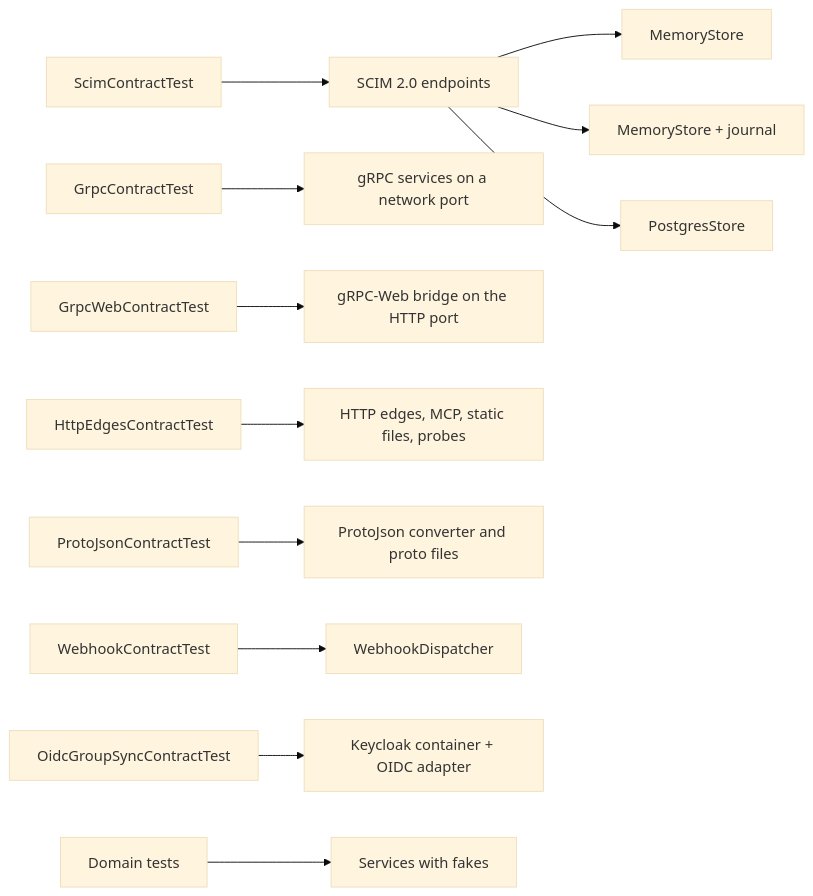
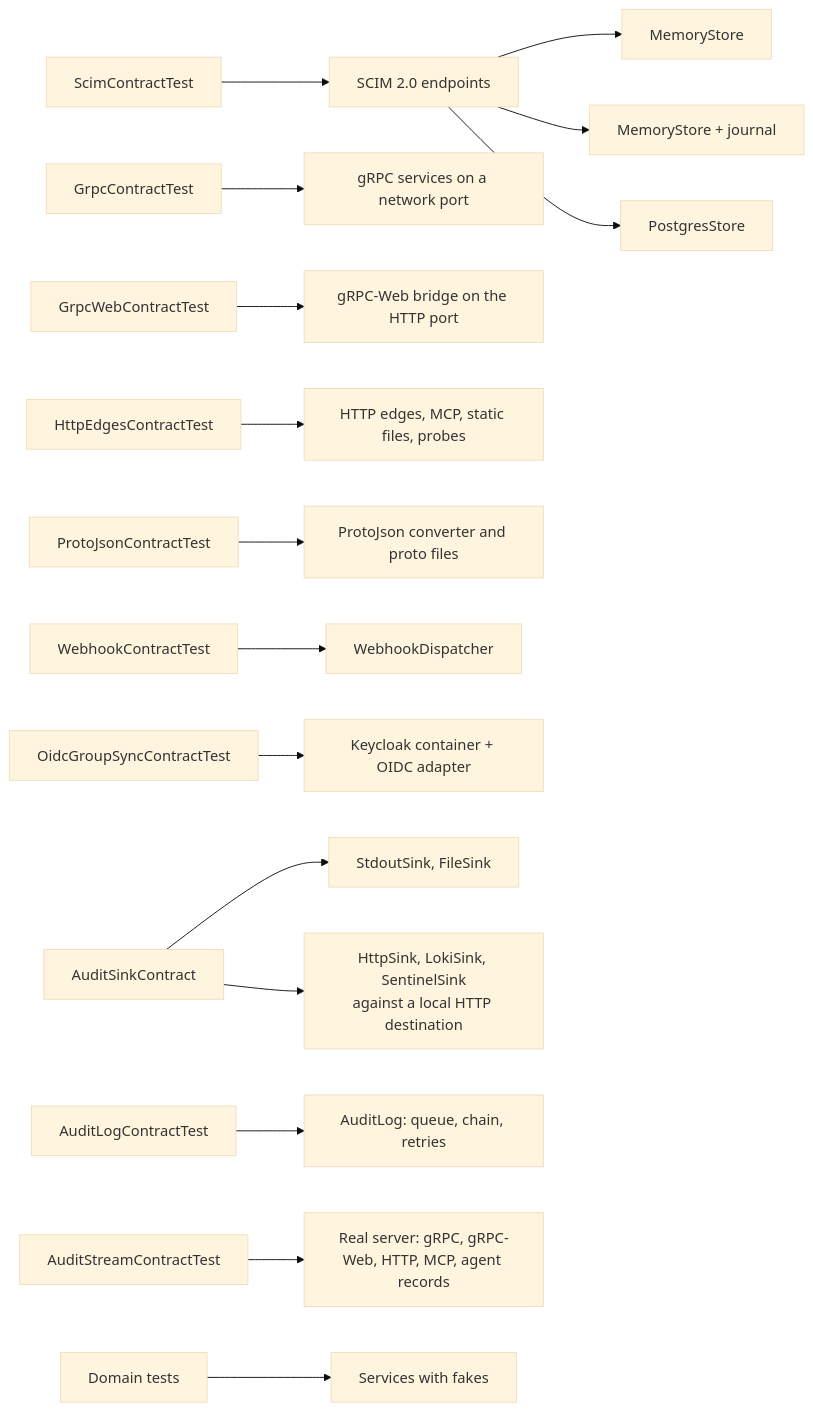
Before and after one commit to gigabrain-ideas/mayday: the diagram in docs/testing.md, drawn with Mermaid (base theme). The commit also changed other lines of this file and 55 other files, not shown here.

````diff
--- a/docs/testing.md
+++ b/docs/testing.md
@@ -5,14 +5,18 @@
 ```mermaid
 flowchart LR
   SC[StoreContract] --> M[MemoryStore]
   SC --> J[MemoryStore + journal]
   SC --> P[PostgresStore]
   GC[GrpcContractTest] --> G[gRPC services on a network port]
   WC[GrpcWebContractTest] --> B[gRPC-Web bridge on the HTTP port]
   EC[HttpEdgesContractTest] --> E[HTTP edges, MCP, static files, probes]
   PJ[ProtoJsonContractTest] --> C[ProtoJson converter and proto files]
   HC[WebhookContractTest] --> WH[WebhookDispatcher]
   SCT[ScimContractTest] --> SC[SCIM 2.0 endpoints]
   OGS[OidcGroupSyncContractTest] --> KC[Keycloak container + OIDC adapter]
+  ASC[AuditSinkContract] --> AS1[StdoutSink, FileSink]
+  ASC --> AS2[HttpSink, LokiSink, SentinelSink<br/>against a local HTTP destination]
+  ALC[AuditLogContractTest] --> AL[AuditLog: queue, chain, retries]
+  AST[AuditStreamContractTest] --> AE[Real server: gRPC, gRPC-Web, HTTP, MCP, agent records]
   DT[Domain tests] --> S[Services with fakes]
 ```
````
